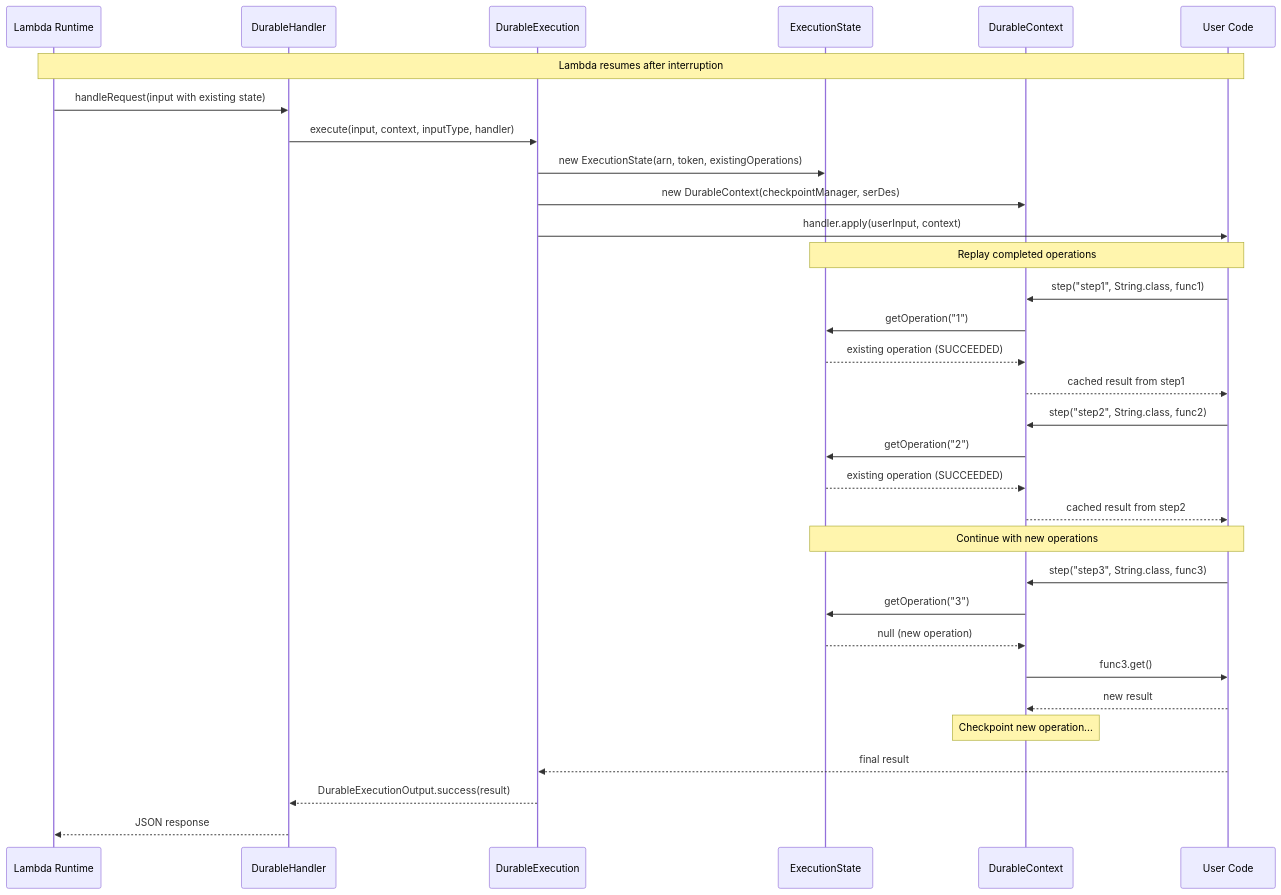
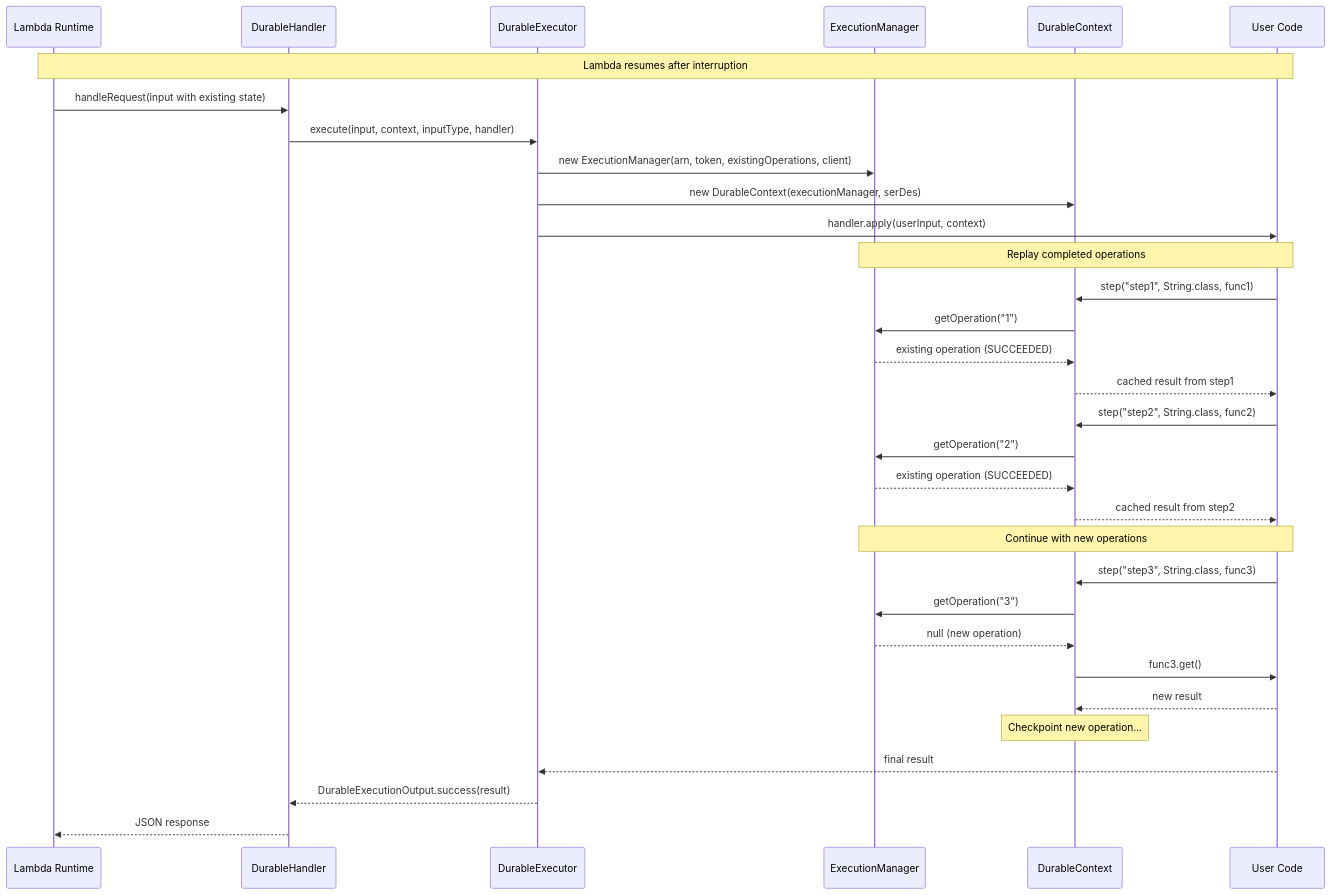
Before and after one commit to aws/aws-durable-execution-sdk-java: the third of 4 diagrams in sequence-diagram.md, drawn with Mermaid. The commit also changed other lines of this file and 1 other file, not shown here.

Commit message:
Update design.md and sequence-diagram.md

````diff
--- a/sequence-diagram.md
+++ b/sequence-diagram.md
@@ -100,41 +100,41 @@
 ```mermaid
 sequenceDiagram
     participant LR as Lambda Runtime
     participant DH as DurableHandler
-    participant DE as DurableExecution
-    participant ES as ExecutionState
+    participant DE as DurableExecutor
+    participant EM as ExecutionManager
     participant DC as DurableContext
     participant UC as User Code
 
     Note over LR,UC: Lambda resumes after interruption
     
     LR->>DH: handleRequest(input with existing state)
     DH->>DE: execute(input, context, inputType, handler)
-    DE->>ES: new ExecutionState(arn, token, existingOperations)
-    DE->>DC: new DurableContext(checkpointManager, serDes)
+    DE->>EM: new ExecutionManager(arn, token, existingOperations, client)
+    DE->>DC: new DurableContext(executionManager, serDes)
     
     DE->>UC: handler.apply(userInput, context)
     
-    Note over UC,ES: Replay completed operations
+    Note over UC,EM: Replay completed operations
     UC->>DC: step("step1", String.class, func1)
-    DC->>ES: getOperation("1")
-    ES-->>DC: existing operation (SUCCEEDED)
+    DC->>EM: getOperation("1")
+    EM-->>DC: existing operation (SUCCEEDED)
     DC-->>UC: cached result from step1
     
     UC->>DC: step("step2", String.class, func2)
-    DC->>ES: getOperation("2")
-    ES-->>DC: existing operation (SUCCEEDED)
+    DC->>EM: getOperation("2")
+    EM-->>DC: existing operation (SUCCEEDED)
     DC-->>UC: cached result from step2
     
-    Note over UC,ES: Continue with new operations
+    Note over UC,EM: Continue with new operations
     UC->>DC: step("step3", String.class, func3)
-    DC->>ES: getOperation("3")
-    ES-->>DC: null (new operation)
+    DC->>EM: getOperation("3")
+    EM-->>DC: null (new operation)
     DC->>UC: func3.get()
     UC-->>DC: new result
     Note over DC: Checkpoint new operation...
     
     UC-->>DE: final result
     DE-->>DH: DurableExecutionOutput.success(result)
     DH-->>LR: JSON response
 ```
````
